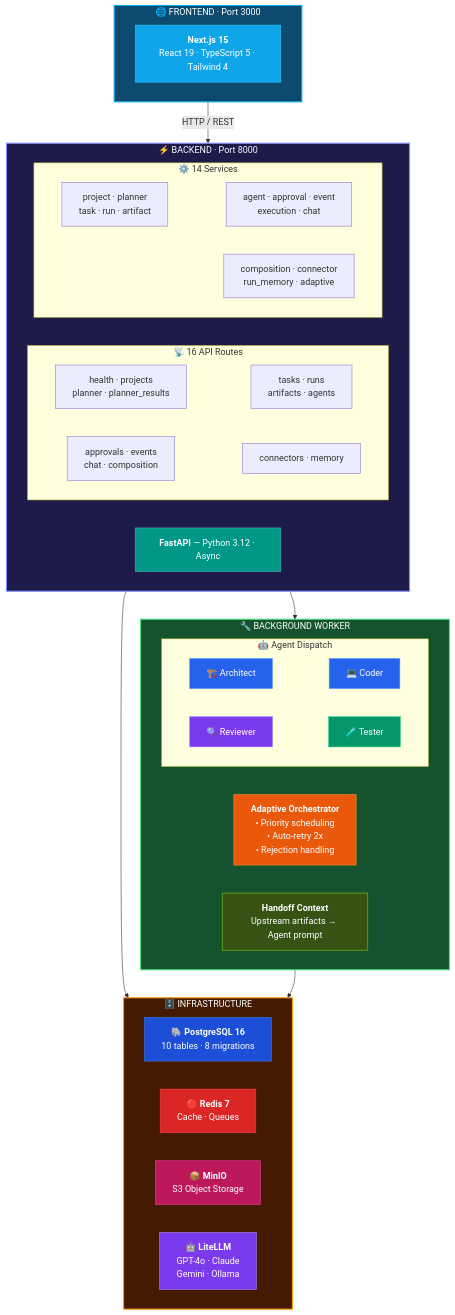
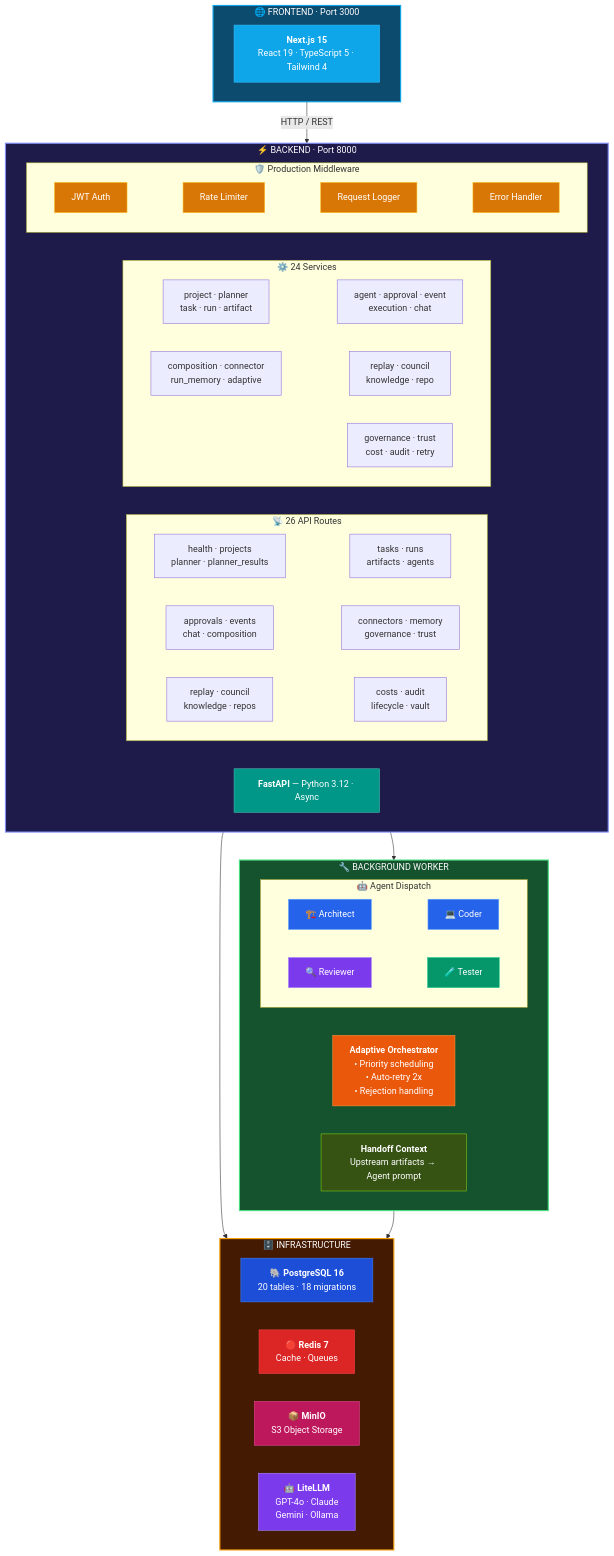
The second of 7 diagrams in README.md (priyankmistry21699-web/Forgemind), drawn with Mermaid before and after one commit. The commit also changed other lines of this file and 2 other files, not shown here.

First line of the commit message:
docs: update ARCHITECTURE.md and MILESTONE_SUMMARY.md for FM-046-050 completion

````diff
--- a/README.md
+++ b/README.md
@@ -137,60 +169,70 @@
 ```mermaid
 flowchart TB
     subgraph Frontend["🌐 FRONTEND · Port 3000"]
         NX["<b>Next.js 15</b>\nReact 19 · TypeScript 5 · Tailwind 4"]
     end
 
     subgraph Backend["⚡ BACKEND · Port 8000"]
         FA["<b>FastAPI</b> — Python 3.12 · Async"]
-        subgraph Routes["📡 16 API Routes"]
+        subgraph Routes["📡 26 API Routes"]
             direction LR
             R1["health · projects\nplanner · planner_results"] ~~~ R2["tasks · runs\nartifacts · agents"]
-            R3["approvals · events\nchat · composition"] ~~~ R4["connectors · memory"]
+            R3["approvals · events\nchat · composition"] ~~~ R4["connectors · memory\ngovernance · trust"]
+            R5["replay · council\nknowledge · repos"] ~~~ R6["costs · audit\nlifecycle · vault"]
         end
-        subgraph Svcs["⚙️ 14 Services"]
+        subgraph Svcs["⚙️ 24 Services"]
             direction LR
             S1["project · planner\ntask · run · artifact"] ~~~ S2["agent · approval · event\nexecution · chat"]
-            S3["composition · connector\nrun_memory · adaptive"]
+            S3["composition · connector\nrun_memory · adaptive"] ~~~ S4["replay · council\nknowledge · repo"]
+            S5["governance · trust\ncost · audit · retry"]
+        end
+        subgraph Middleware["🛡️ Production Middleware"]
+            direction LR
+            MW1["JWT Auth"] ~~~ MW2["Rate Limiter"] ~~~ MW3["Request Logger"] ~~~ MW4["Error Handler"]
         end
     end
 
     subgraph Worker["🔧 BACKGROUND WORKER"]
         AO["<b>Adaptive Orchestrator</b>\n• Priority scheduling\n• Auto-retry 2x\n• Rejection handling"]
         subgraph AgentPool["🤖 Agent Dispatch"]
             direction LR
             AG1["🏗️ Architect"] ~~~ AG2["💻 Coder"]
             AG3["🔍 Reviewer"] ~~~ AG4["🧪 Tester"]
         end
         HC["<b>Handoff Context</b>\nUpstream artifacts → Agent prompt"]
     end
 
     subgraph Infra["🗄️ INFRASTRUCTURE"]
         direction LR
-        PG["🐘 <b>PostgreSQL 16</b>\n10 tables · 8 migrations"]
+        PG["🐘 <b>PostgreSQL 16</b>\n20 tables · 18 migrations"]
         RD["🔴 <b>Redis 7</b>\nCache · Queues"]
         MN["📦 <b>MinIO</b>\nS3 Object Storage"]
         LLM["🤖 <b>LiteLLM</b>\nGPT-4o · Claude\nGemini · Ollama"]
     end
 
     Frontend -->|"HTTP / REST"| Backend
     Backend --> Worker
     Backend --> Infra
     Worker --> Infra
 
     style Frontend fill:#0c4a6e,stroke:#0ea5e9,color:#fff,stroke-width:2px
     style Backend fill:#1e1b4b,stroke:#818cf8,color:#fff,stroke-width:2px
     style Worker fill:#14532d,stroke:#4ade80,color:#fff,stroke-width:2px
     style Infra fill:#451a03,stroke:#f59e0b,color:#fff,stroke-width:2px
     style NX fill:#0ea5e9,stroke:#38bdf8,color:#fff
     style FA fill:#009688,stroke:#4db6ac,color:#fff
     style AO fill:#ea580c,stroke:#fb923c,color:#fff
     style HC fill:#365314,stroke:#84cc16,color:#fff
     style PG fill:#1d4ed8,stroke:#3b82f6,color:#fff
     style RD fill:#dc2626,stroke:#ef4444,color:#fff
     style MN fill:#be185d,stroke:#ec4899,color:#fff
     style LLM fill:#7c3aed,stroke:#a78bfa,color:#fff
     style AG1 fill:#2563eb,stroke:#60a5fa,color:#fff
     style AG2 fill:#2563eb,stroke:#60a5fa,color:#fff
     style AG3 fill:#7c3aed,stroke:#a78bfa,color:#fff
     style AG4 fill:#059669,stroke:#34d399,color:#fff
+    style MW1 fill:#d97706,stroke:#fbbf24,color:#fff
+    style MW2 fill:#d97706,stroke:#fbbf24,color:#fff
+    style MW3 fill:#d97706,stroke:#fbbf24,color:#fff
+    style MW4 fill:#d97706,stroke:#fbbf24,color:#fff
 ```
````
